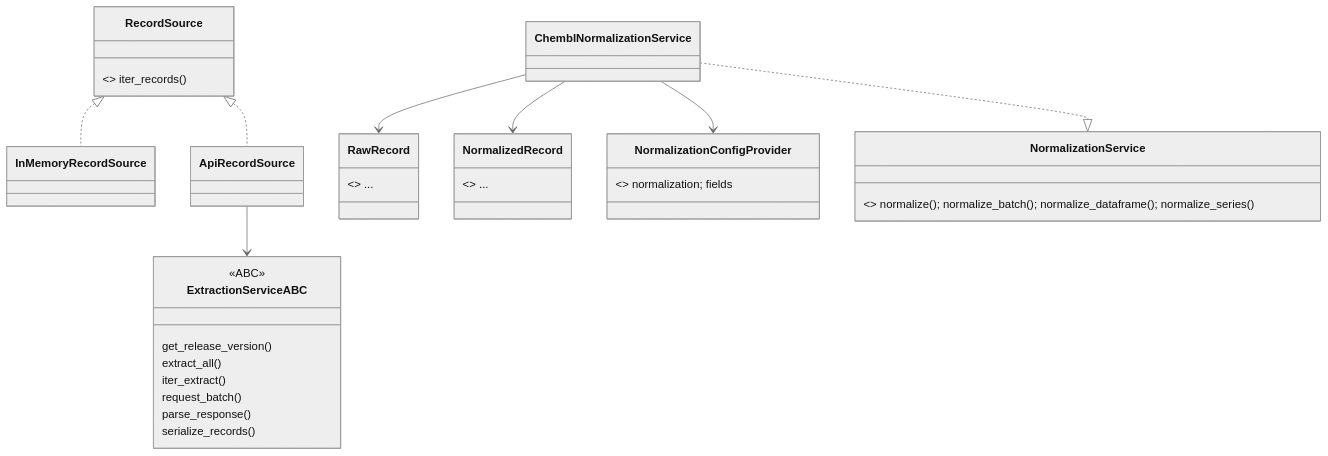
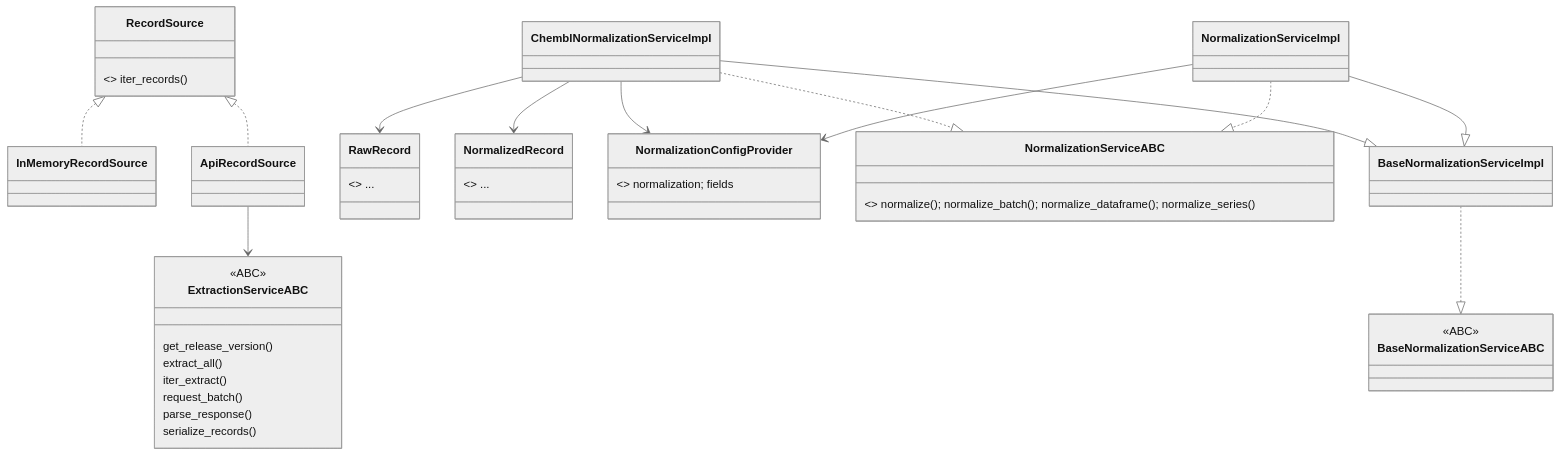
Before and after one commit to SatoryKono/BioactivityDataAcquisition: the third of 6 diagrams in docs/domain-class-diagrams.md, drawn with Mermaid (neutral theme). The commit also changed 6 other files, not shown here.

Commit message:
docs: clarify normalization service roles

````diff
--- a/docs/domain-class-diagrams.md
+++ b/docs/domain-class-diagrams.md
@@ -102,28 +102,36 @@
 ```mermaid
 classDiagram
     class ExtractionServiceABC {
         <<ABC>>
         get_release_version()
         extract_all()
         iter_extract()
         request_batch()
         parse_response()
         serialize_records()
     }
     class RecordSource { <<protocol>> iter_records() }
     class InMemoryRecordSource
     class ApiRecordSource
     class RawRecord { <<TypedDict>> ... }
     class NormalizedRecord { <<TypedDict>> ... }
     class NormalizationConfigProvider { <<protocol>> normalization; fields }
-    class NormalizationService { <<protocol>> normalize(); normalize_batch(); normalize_dataframe(); normalize_series() }
-    class ChemblNormalizationService
+    class NormalizationServiceABC { <<ABC>> normalize(); normalize_batch(); normalize_dataframe(); normalize_series() }
+    class BaseNormalizationServiceABC { <<ABC>> }
+    class BaseNormalizationServiceImpl
+    class NormalizationServiceImpl
+    class ChemblNormalizationServiceImpl
 
     RecordSource <|.. InMemoryRecordSource
     RecordSource <|.. ApiRecordSource
     ApiRecordSource --> ExtractionServiceABC
-    ChemblNormalizationService ..|> NormalizationService
-    ChemblNormalizationService --> NormalizationConfigProvider
-    ChemblNormalizationService --> RawRecord
-    ChemblNormalizationService --> NormalizedRecord
+    BaseNormalizationServiceImpl ..|> BaseNormalizationServiceABC
+    NormalizationServiceImpl --|> BaseNormalizationServiceImpl
+    ChemblNormalizationServiceImpl --|> BaseNormalizationServiceImpl
+    NormalizationServiceImpl ..|> NormalizationServiceABC
+    ChemblNormalizationServiceImpl ..|> NormalizationServiceABC
+    NormalizationServiceImpl --> NormalizationConfigProvider
+    ChemblNormalizationServiceImpl --> NormalizationConfigProvider
+    ChemblNormalizationServiceImpl --> RawRecord
+    ChemblNormalizationServiceImpl --> NormalizedRecord
 ```
````
